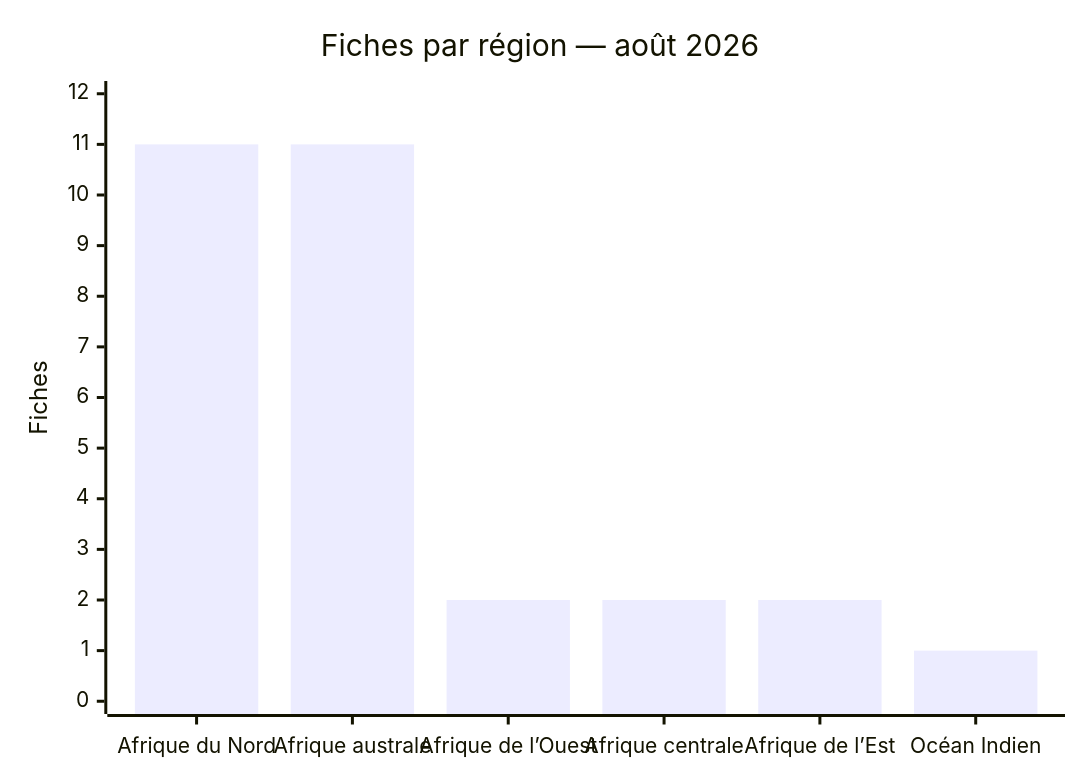
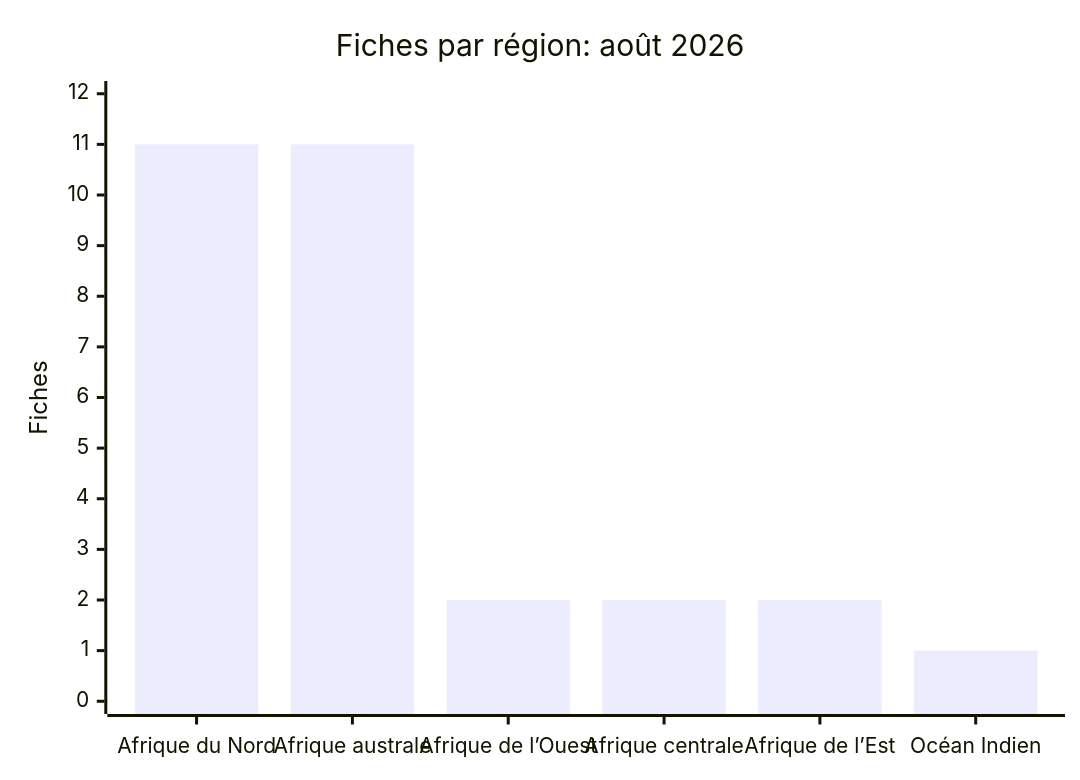
Before and after one commit to Hatchepsoute/AFRINTEL: the fifth of 7 diagrams in CyberAttackAfrica/2026/08-august/README_FR.md, drawn with Mermaid. The commit also changed other lines of this file and 1 other file, not shown here.

````diff
--- a/CyberAttackAfrica/2026/08-august/README_FR.md
+++ b/CyberAttackAfrica/2026/08-august/README_FR.md
@@ -186,7 +186,7 @@
 ```mermaid
 xychart-beta
-    title "Fiches par région — août 2026"
+    title "Fiches par région: août 2026"
     x-axis ["Afrique du Nord", "Afrique australe", "Afrique de l’Ouest", "Afrique centrale", "Afrique de l’Est", "Océan Indien"]
     y-axis "Fiches" 0 --> 12
     bar [11, 11, 2, 2, 2, 1]
 ```
````
